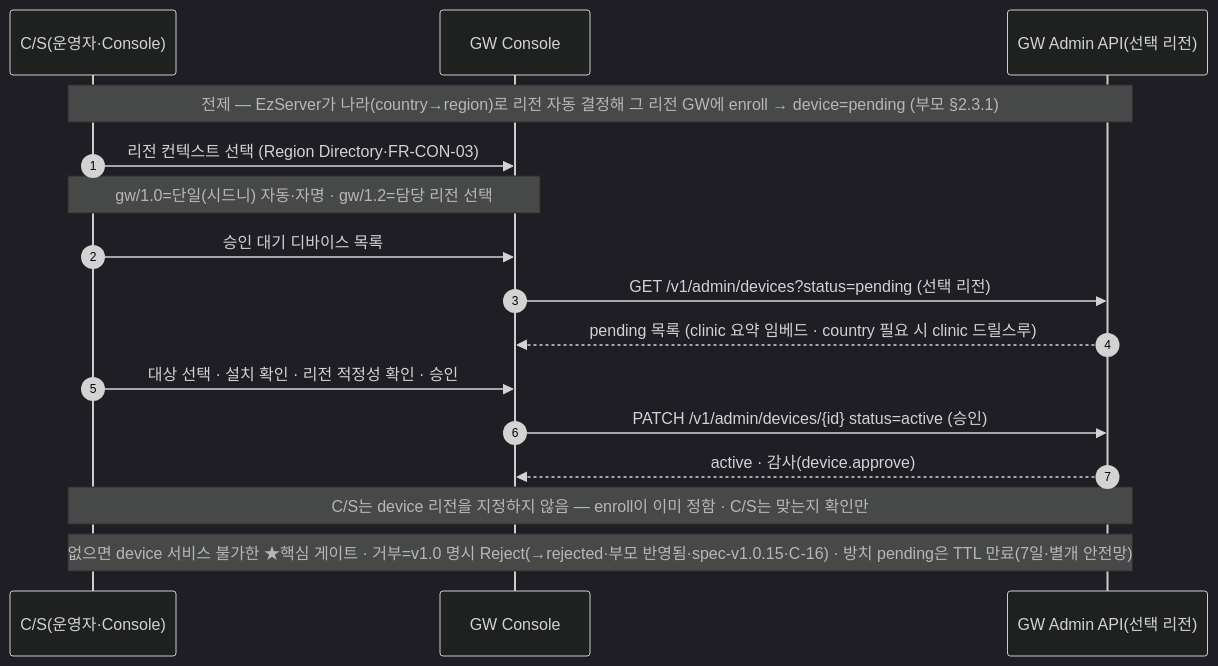
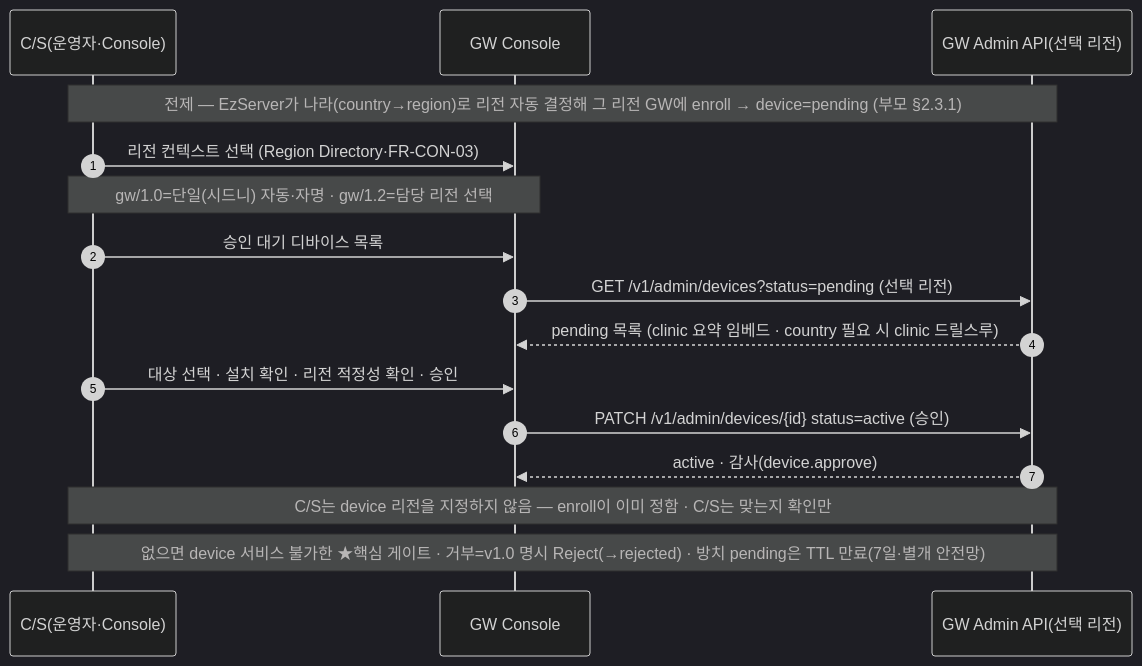
Before and after one commit to gracegyu/scp-architecture: the seventh of 11 diagrams in docs/VT_API_Gateway/08.VT_API_Gateway/specs/03c-subsrs-gw-console/SRS.md, drawn with Mermaid (dark theme). The commit also changed other lines of this file, not shown here.

````diff
--- a/docs/VT_API_Gateway/08.VT_API_Gateway/specs/03c-subsrs-gw-console/SRS.md
+++ b/docs/VT_API_Gateway/08.VT_API_Gateway/specs/03c-subsrs-gw-console/SRS.md
@@ -293,18 +293,18 @@
 ```mermaid
 sequenceDiagram
     autonumber
     participant CS as C/S(운영자·Console)
     participant C as GW Console
     participant GW as GW Admin API(선택 리전)
     Note over CS,GW: 전제 — EzServer가 나라(country→region)로 리전 자동 결정해 그 리전 GW에 enroll → device=pending (부모 §2.3.1)
     CS->>C: 리전 컨텍스트 선택 (Region Directory·FR-CON-03)
     Note over CS,C: gw/1.0=단일(시드니) 자동·자명 · gw/1.2=담당 리전 선택
     CS->>C: 승인 대기 디바이스 목록
     C->>GW: GET /v1/admin/devices?status=pending (선택 리전)
     GW-->>C: pending 목록 (clinic 요약 임베드 · country 필요 시 clinic 드릴스루)
     CS->>C: 대상 선택 · 설치 확인 · 리전 적정성 확인 · 승인
     C->>GW: PATCH /v1/admin/devices/{id} status=active (승인)
     GW-->>C: active · 감사(device.approve)
     Note over CS,GW: C/S는 device 리전을 지정하지 않음 — enroll이 이미 정함 · C/S는 맞는지 확인만
-    Note over CS,GW: 없으면 device 서비스 불가한 ★핵심 게이트 · 거부=v1.0 명시 Reject(→rejected·부모 반영됨·spec-v1.0.15·C-16) · 방치 pending은 TTL 만료(7일·별개 안전망)
+    Note over CS,GW: 없으면 device 서비스 불가한 ★핵심 게이트 · 거부=v1.0 명시 Reject(→rejected) · 방치 pending은 TTL 만료(7일·별개 안전망)
 ```
````
